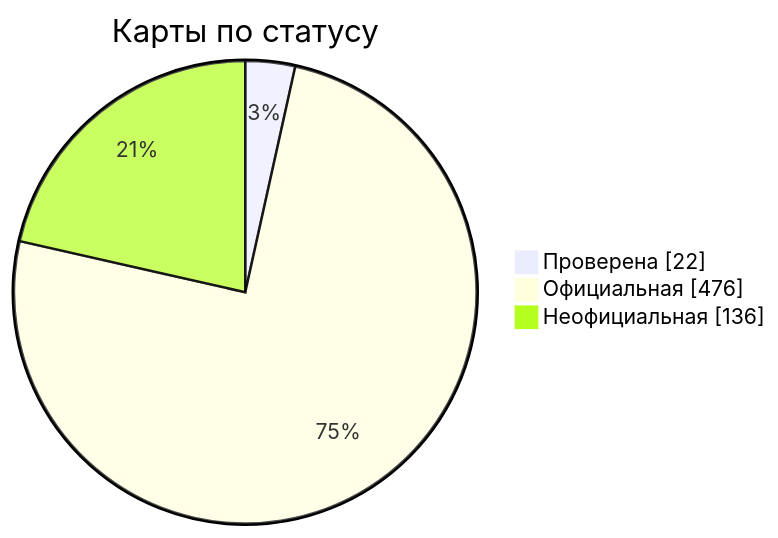
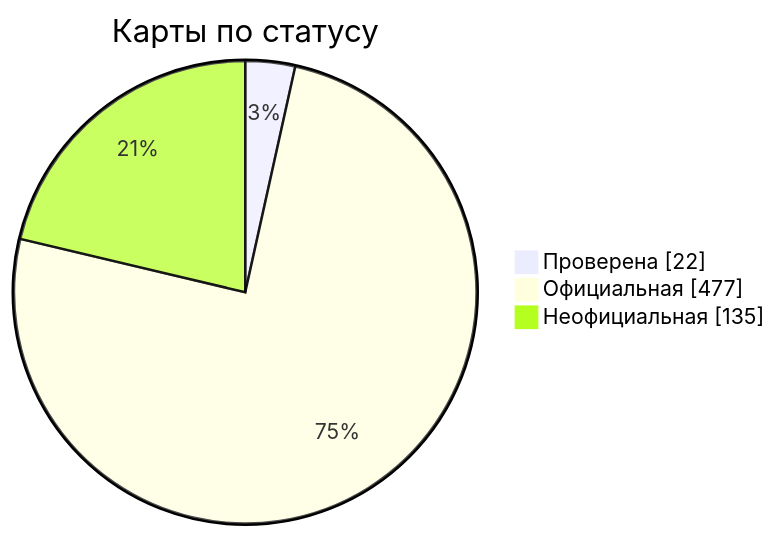
One commit to nobrega8/mbmap-library changed the diagram in docs/readme/README_RU.md. Above: the diagram before and after it, drawn with Mermaid. The commit also changed 8 other files, not shown here.

````diff
--- a/docs/readme/README_RU.md
+++ b/docs/readme/README_RU.md
@@ -54,7 +54,7 @@
 ```mermaid
 pie showData
     title Карты по статусу
     "Проверена" : 22
-    "Официальная" : 476
-    "Неофициальная" : 136
+    "Официальная" : 477
+    "Неофициальная" : 135
 ```
````
